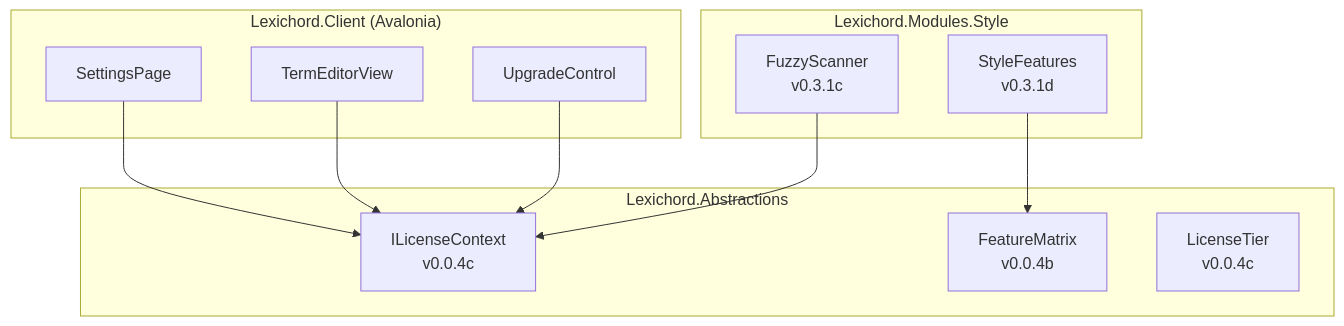
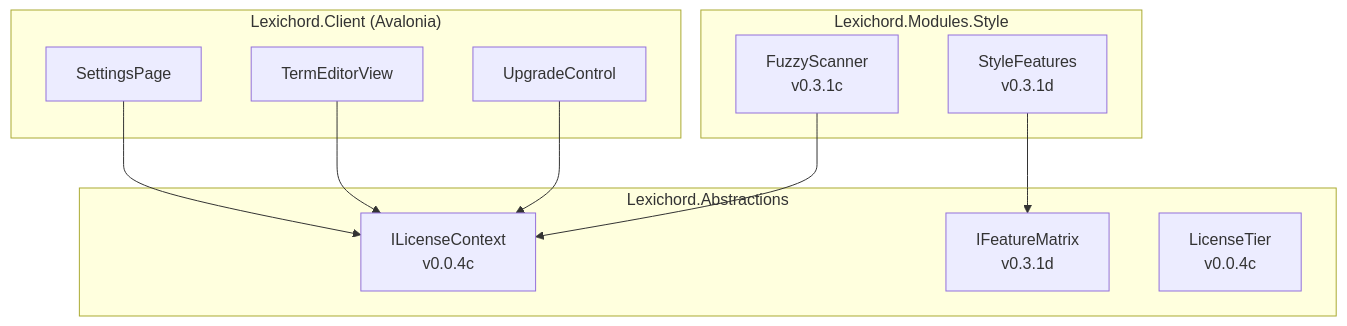
Before and after one commit to southpawriter02/lexichord: the second of 2 diagrams in docs/specs/v0.3.x/v0.3.1/LCS-DES-031d.md, drawn with Mermaid. The commit also changed other lines of this file and 128 other files, not shown here.

````diff
--- a/docs/specs/v0.3.x/v0.3.1/LCS-DES-031d.md
+++ b/docs/specs/v0.3.x/v0.3.1/LCS-DES-031d.md
@@ -78,25 +78,25 @@
 ```mermaid
 graph TB
     subgraph "Lexichord.Abstractions"
         LC[ILicenseContext<br/>v0.0.4c]
-        FM[FeatureMatrix<br/>v0.0.4b]
+        FM[IFeatureMatrix<br/>v0.3.1d]
         LT[LicenseTier<br/>v0.0.4c]
     end
 
     subgraph "Lexichord.Modules.Style"
         FS[FuzzyScanner<br/>v0.3.1c]
         FM2[StyleFeatures<br/>v0.3.1d]
     end
 
     subgraph "Lexichord.Client (Avalonia)"
         SP[SettingsPage]
         TE[TermEditorView]
         UC[UpgradeControl]
     end
 
     FS --> LC
     SP --> LC
     TE --> LC
     FM2 --> FM
     UC --> LC
 ```
````
